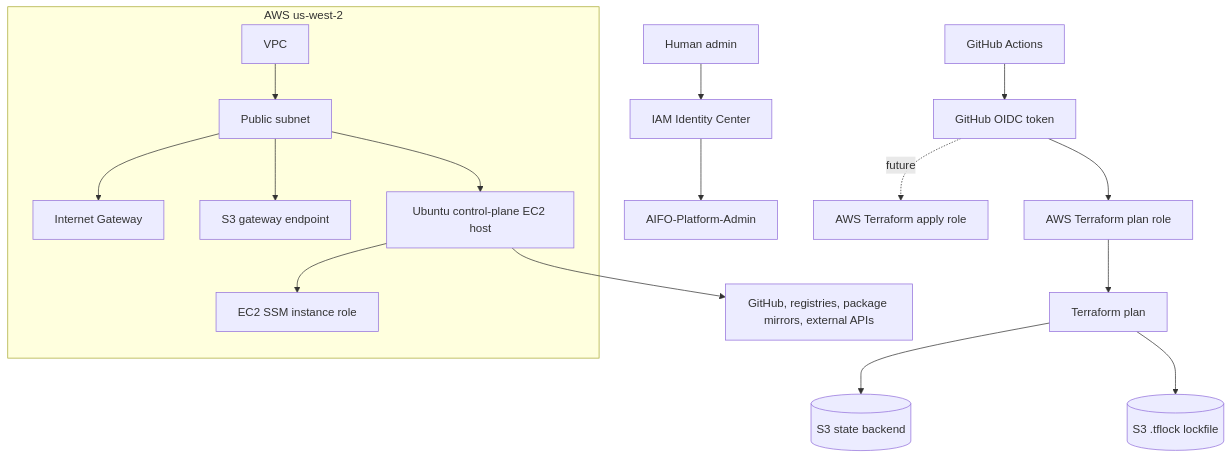
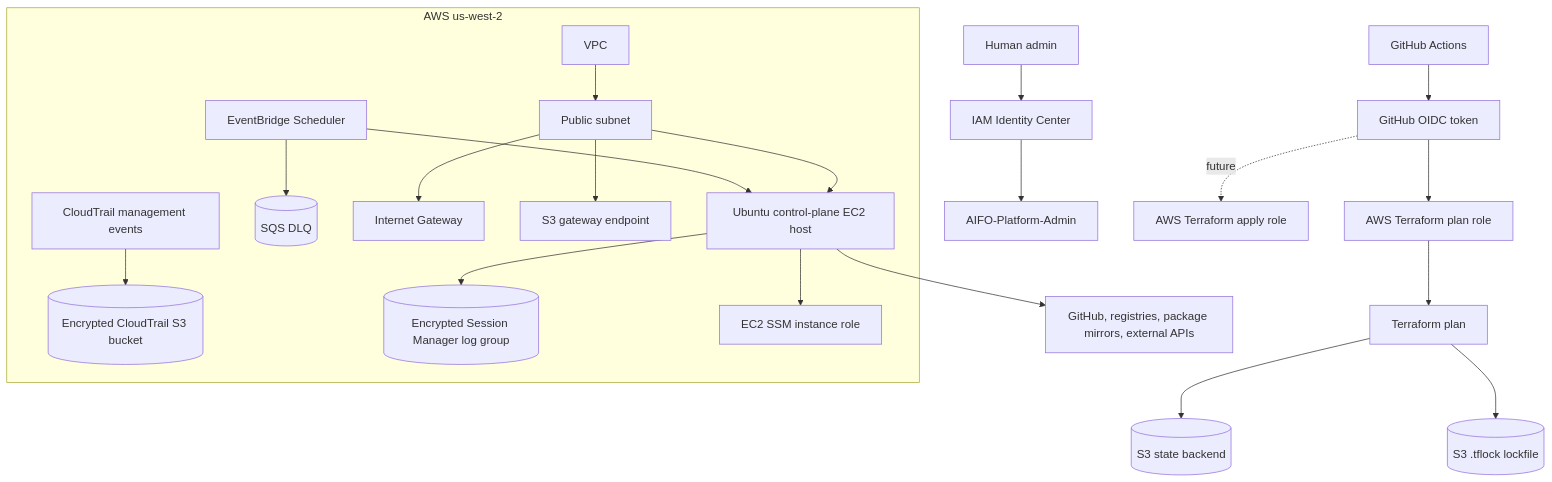
The diagram in docs/architecture.md (josephmccann/AIFO-Control-Plane), drawn with Mermaid before and after one commit. The commit also changed other lines of this file and 46 other files, not shown here.

````diff
--- a/docs/architecture.md
+++ b/docs/architecture.md
@@ -25,29 +25,38 @@
 ```mermaid
 flowchart TD
     Human[Human admin] --> IdentityCenter[IAM Identity Center]
     IdentityCenter --> AdminSet[AIFO-Platform-Admin]
 
     GitHub[GitHub Actions] --> OIDC[GitHub OIDC token]
     OIDC --> PlanRole[AWS Terraform plan role]
     OIDC -. future .-> ApplyRole[AWS Terraform apply role]
     PlanRole --> TerraformPlan[Terraform plan]
 
     TerraformPlan --> State[(S3 state backend)]
     TerraformPlan --> Lock[(S3 .tflock lockfile)]
 
     subgraph AWS[AWS us-west-2]
+        CloudTrail[CloudTrail management events]
+        TrailBucket[(Encrypted CloudTrail S3 bucket)]
+        SessionLogs[(Encrypted Session Manager log group)]
+        Scheduler[EventBridge Scheduler]
+        SchedulerDLQ[(SQS DLQ)]
         VPC[VPC]
         PublicSubnet[Public subnet]
         IGW[Internet Gateway]
         S3Endpoint[S3 gateway endpoint]
         Host[Ubuntu control-plane EC2 host]
         InstanceRole[EC2 SSM instance role]
     end
 
     VPC --> PublicSubnet
     PublicSubnet --> IGW
     PublicSubnet --> Host
     PublicSubnet --> S3Endpoint
     Host --> InstanceRole
     Host --> External[GitHub, registries, package mirrors, external APIs]
+    Host --> SessionLogs
+    Scheduler --> Host
+    Scheduler --> SchedulerDLQ
+    CloudTrail --> TrailBucket
 ```
````
